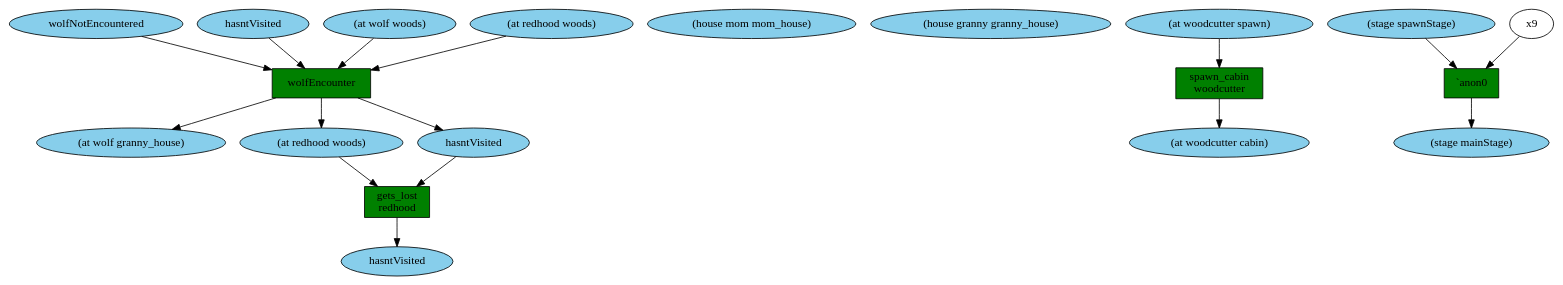
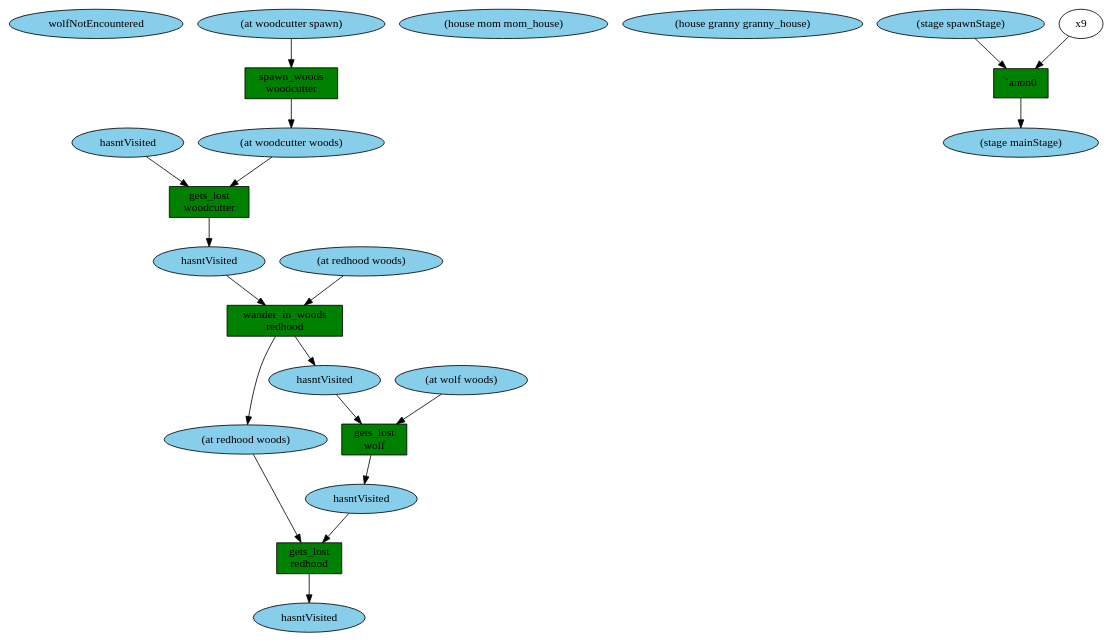
Before and after one commit to JulianDeclercq/Serious-Games-Thesis: the diagram in ThesisApplication/src/Thesis/resources/Ceptre/trace.dot, drawn with Graphviz. The commit also changed 19 other files, not shown here.

```diff
--- a/ThesisApplication/src/Thesis/resources/Ceptre/trace.dot
+++ b/ThesisApplication/src/Thesis/resources/Ceptre/trace.dot
@@ -1,35 +1,41 @@
 digraph {
 x7 [style=filled,fillcolor=skyblue,label="wolfNotEncountered"];
 x6 [style=filled,fillcolor=skyblue,label="hasntVisited"];
 x5 [style=filled,fillcolor=skyblue,label="(house mom mom_house)"];
 x4 [style=filled,fillcolor=skyblue,label="(house granny granny_house)"];
 x3 [style=filled,fillcolor=skyblue,label="(at woodcutter spawn)"];
 x2 [style=filled,fillcolor=skyblue,label="(at wolf woods)"];
 x1 [style=filled,fillcolor=skyblue,label="(at redhood woods)"];
 x0 [style=filled,fillcolor=skyblue,label="(stage spawnStage)"];
-t0 [shape=box,style=filled,fillcolor=green,label="spawn_cabin\nwoodcutter"];
-x8 [style=filled,fillcolor=skyblue,label="(at woodcutter cabin)"];
+t0 [shape=box,style=filled,fillcolor=green,label="spawn_woods\nwoodcutter"];
+x8 [style=filled,fillcolor=skyblue,label="(at woodcutter woods)"];
 x3 -> t0;
 t0 -> x8;
 t1 [shape=box,style=filled,fillcolor=green,label="`anon0\n"];
 x10 [style=filled,fillcolor=skyblue,label="(stage mainStage)"];
 x0 -> t1;
 x9 -> t1;
 t1 -> x10;
-t2 [shape=box,style=filled,fillcolor=green,label="wolfEncounter\n"];
-x13 [style=filled,fillcolor=skyblue,label="(at wolf granny_house)"];
-x12 [style=filled,fillcolor=skyblue,label="(at redhood woods)"];
+t2 [shape=box,style=filled,fillcolor=green,label="gets_lost\nwoodcutter"];
 x11 [style=filled,fillcolor=skyblue,label="hasntVisited"];
 x6 -> t2;
-x7 -> t2;
-x2 -> t2;
-x1 -> t2;
-t2 -> x13;
-t2 -> x12;
+x8 -> t2;
 t2 -> x11;
-t3 [shape=box,style=filled,fillcolor=green,label="gets_lost\nredhood"];
+t3 [shape=box,style=filled,fillcolor=green,label="wander_in_woods\nredhood"];
+x13 [style=filled,fillcolor=skyblue,label="(at redhood woods)"];
+x12 [style=filled,fillcolor=skyblue,label="hasntVisited"];
+x11 -> t3;
+x1 -> t3;
+t3 -> x13;
+t3 -> x12;
+t4 [shape=box,style=filled,fillcolor=green,label="gets_lost\nwolf"];
 x14 [style=filled,fillcolor=skyblue,label="hasntVisited"];
-x11 -> t3;
-x12 -> t3;
-t3 -> x14;
+x12 -> t4;
+x2 -> t4;
+t4 -> x14;
+t5 [shape=box,style=filled,fillcolor=green,label="gets_lost\nredhood"];
+x15 [style=filled,fillcolor=skyblue,label="hasntVisited"];
+x14 -> t5;
+x13 -> t5;
+t5 -> x15;
 }
```
